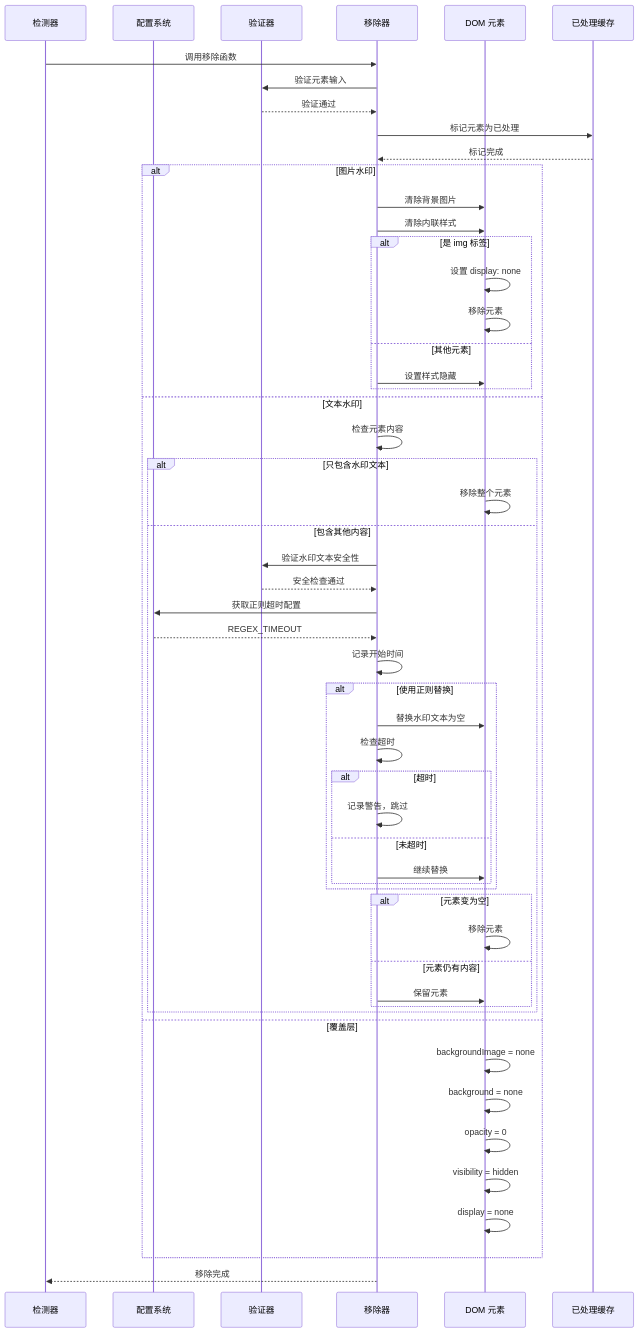
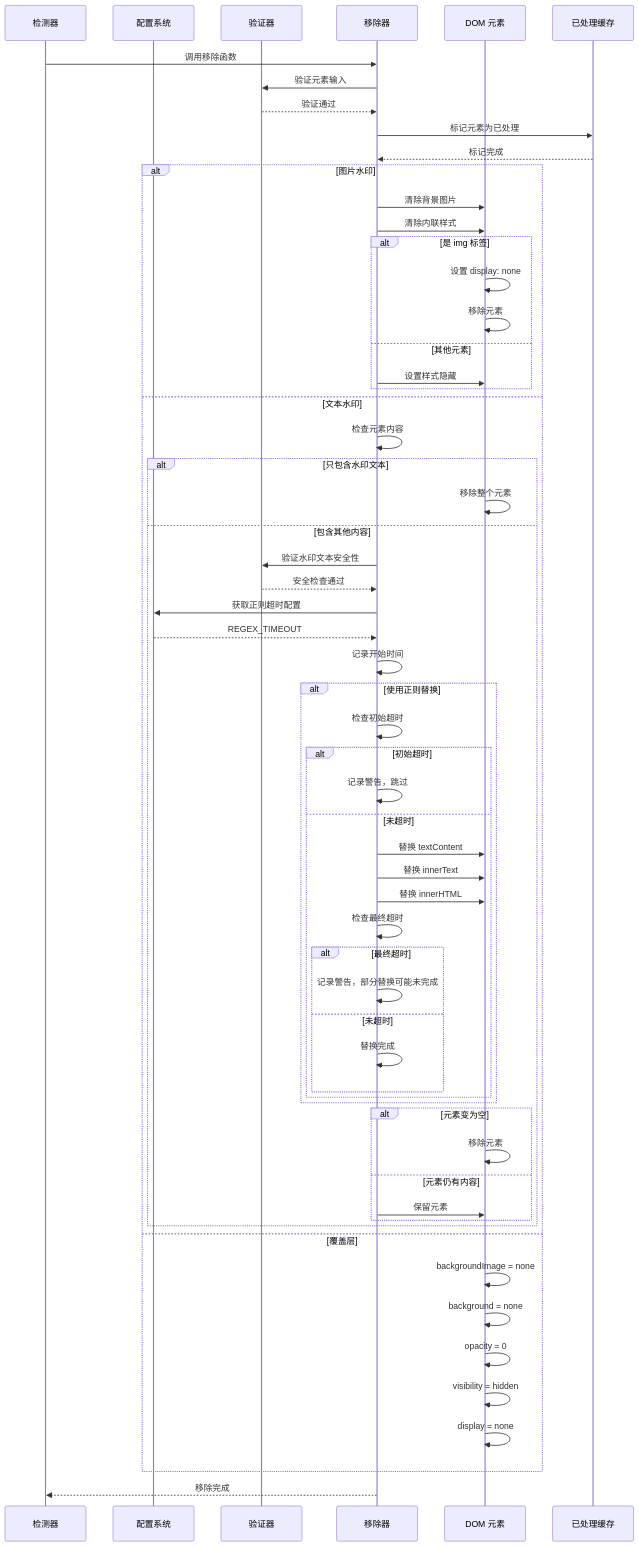
One commit to wang93wei/Xiaomi-MiMo-Studio-Watermark-Remover changed the fourth of 12 diagrams in doc/SEQUENCE_DIAGRAMS.md. Above: the diagram before and after it, drawn with Mermaid. The commit also changed other lines of this file and 4 other files, not shown here.

````diff
--- a/doc/SEQUENCE_DIAGRAMS.md
+++ b/doc/SEQUENCE_DIAGRAMS.md
@@ -221,68 +242,77 @@
 ```mermaid
 sequenceDiagram
     participant Detector as 检测器
     participant Config as 配置系统
     participant Validator as 验证器
     participant Remover as 移除器
     participant Element as DOM 元素
     participant ProcessedCache as 已处理缓存
 
     Detector->>Remover: 调用移除函数
     Remover->>Validator: 验证元素输入
     Validator-->>Remover: 验证通过
     Remover->>ProcessedCache: 标记元素为已处理
     ProcessedCache-->>Remover: 标记完成
 
     alt 图片水印
         Remover->>Element: 清除背景图片
         Remover->>Element: 清除内联样式
 
         alt 是 img 标签
             Element->>Element: 设置 display: none
             Element->>Element: 移除元素
         else 其他元素
             Remover->>Element: 设置样式隐藏
         end
 
     else 文本水印
         Remover->>Remover: 检查元素内容
 
         alt 只包含水印文本
             Element->>Element: 移除整个元素
         else 包含其他内容
             Remover->>Validator: 验证水印文本安全性
             Validator-->>Remover: 安全检查通过
 
             Remover->>Config: 获取正则超时配置
             Config-->>Remover: REGEX_TIMEOUT
 
             Remover->>Remover: 记录开始时间
 
             alt 使用正则替换
-                Remover->>Element: 替换水印文本为空
-                Remover->>Remover: 检查超时
+                Remover->>Remover: 检查初始超时
 
-                alt 超时
+                alt 初始超时
                     Remover->>Remover: 记录警告，跳过
                 else 未超时
-                    Remover->>Element: 继续替换
+                    Remover->>Element: 替换 textContent
+                    Remover->>Element: 替换 innerText
+                    Remover->>Element: 替换 innerHTML
+
+                    Remover->>Remover: 检查最终超时
+
+                    alt 最终超时
+                        Remover->>Remover: 记录警告，部分替换可能未完成
+                    else 未超时
+                        Remover->>Remover: 替换完成
+                    end
                 end
             end
 
             alt 元素变为空
                 Element->>Element: 移除元素
             else 元素仍有内容
                 Remover->>Element: 保留元素
             end
         end
 
     else 覆盖层
         Element->>Element: backgroundImage = none
         Element->>Element: background = none
         Element->>Element: opacity = 0
         Element->>Element: visibility = hidden
         Element->>Element: display = none
     end
 
     Remover-->>Detector: 移除完成
 ```
````
